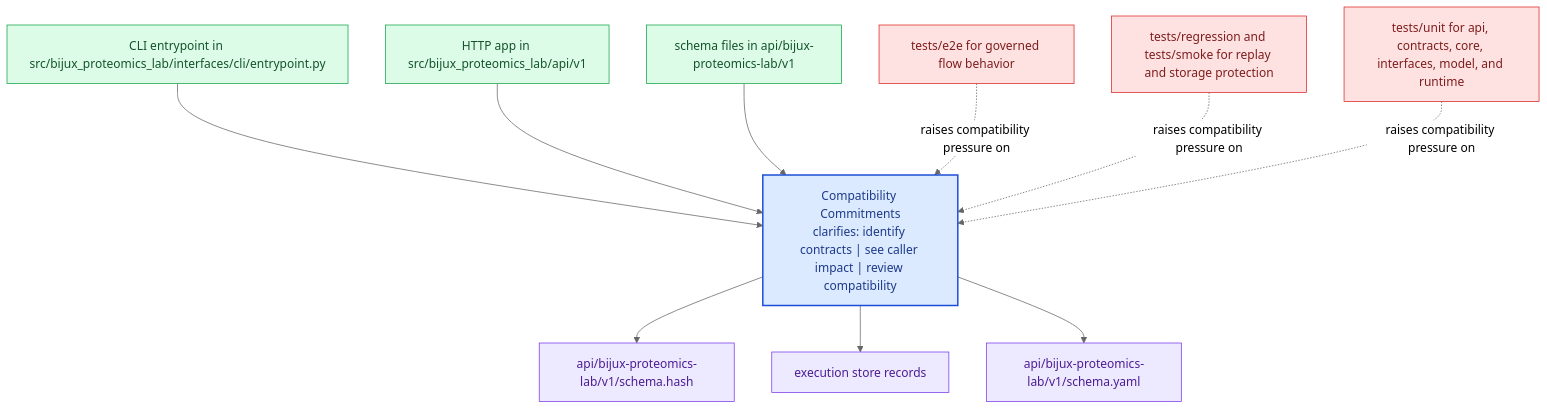
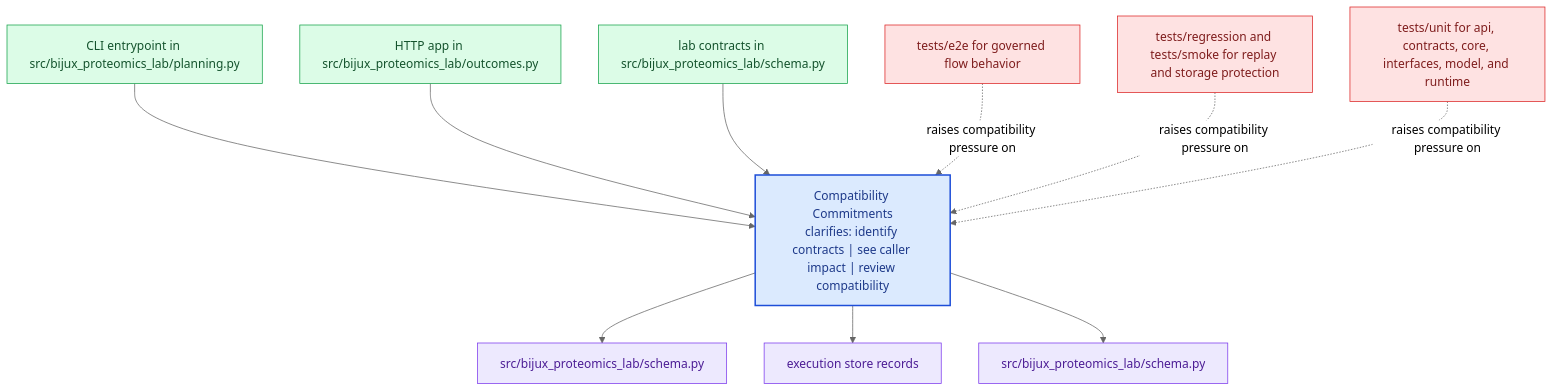
One commit to bijux/bijux-proteomics changed the diagram in docs/bijux-proteomics-lab/interfaces/compatibility-commitments.md. Above: the diagram before and after it, drawn with Mermaid (neutral theme). The commit also changed other lines of this file and 24 other files, not shown here.

Commit message:
docs(bijux-proteomics-lab): align handbook with assay planning and outcome loops

````diff
--- a/docs/bijux-proteomics-lab/interfaces/compatibility-commitments.md
+++ b/docs/bijux-proteomics-lab/interfaces/compatibility-commitments.md
@@ -23,31 +23,31 @@
 ```mermaid
 flowchart TB
     page["Compatibility Commitments<br/>clarifies: identify contracts | see caller impact | review compatibility"]
     classDef page fill:#dbeafe,stroke:#1d4ed8,color:#1e3a8a,stroke-width:2px;
     classDef positive fill:#dcfce7,stroke:#16a34a,color:#14532d;
     classDef caution fill:#fee2e2,stroke:#dc2626,color:#7f1d1d;
     classDef anchor fill:#ede9fe,stroke:#7c3aed,color:#4c1d95;
     classDef action fill:#fef3c7,stroke:#d97706,color:#7c2d12;
-    surface1["CLI entrypoint in src/bijux_proteomics_lab/interfaces/cli/entrypoint.py"]
+    surface1["CLI entrypoint in src/bijux_proteomics_lab/planning.py"]
     surface1 --> page
-    surface2["HTTP app in src/bijux_proteomics_lab/api/v1"]
+    surface2["HTTP app in src/bijux_proteomics_lab/outcomes.py"]
     surface2 --> page
-    surface3["schema files in api/bijux-proteomics-lab/v1"]
+    surface3["lab contracts in src/bijux_proteomics_lab/schema.py"]
     surface3 --> page
-    proof1["api/bijux-proteomics-lab/v1/schema.hash"]
+    proof1["src/bijux_proteomics_lab/schema.py"]
     page --> proof1
     proof2["execution store records"]
     page --> proof2
-    proof3["api/bijux-proteomics-lab/v1/schema.yaml"]
+    proof3["src/bijux_proteomics_lab/schema.py"]
     page --> proof3
     review1["tests/e2e for governed flow behavior"]
     review1 -.raises compatibility pressure on.-> page
     review2["tests/regression and tests/smoke for replay and storage protection"]
     review2 -.raises compatibility pressure on.-> page
     review3["tests/unit for api, contracts, core, interfaces, model, and runtime"]
     review3 -.raises compatibility pressure on.-> page
     class page page;
     class surface1,surface2,surface3 positive;
     class proof1,proof2,proof3 anchor;
     class review1,review2,review3 caution;
 ```
````
